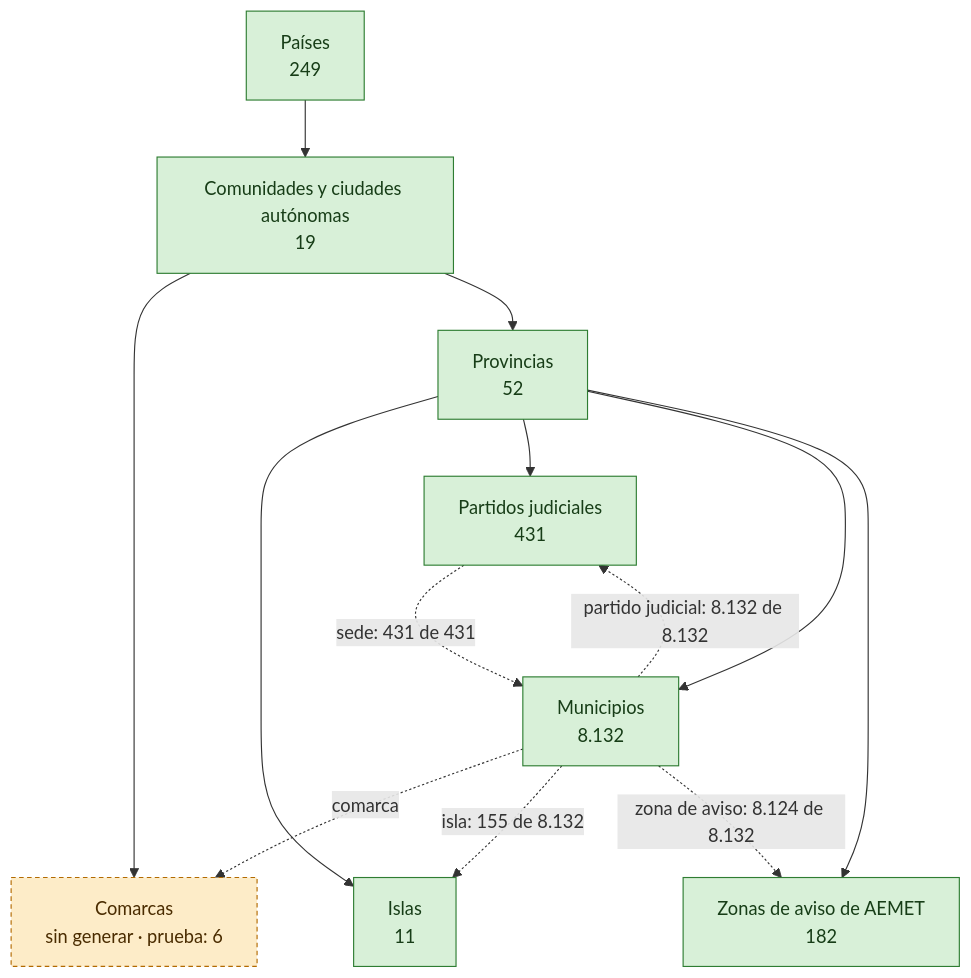
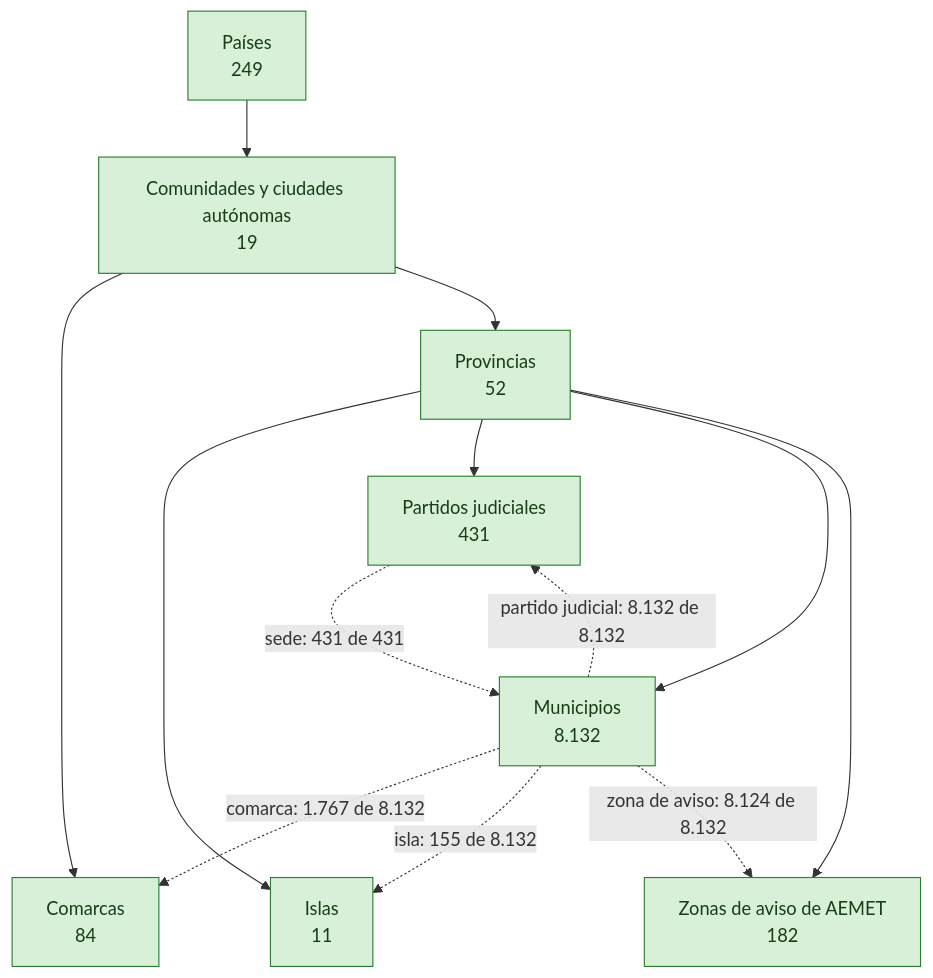
One commit to alertapublica/territorios-es changed the first of 6 diagrams in docs/estado.md. Above: the diagram before and after it, drawn with Mermaid. The commit also changed other lines of this file and 2 other files, not shown here.

Commit message:
Estado: regenerado con los datos de main (comarcas incluidas); generar.yml también lo regenera al subir datos a una rama

````diff
--- a/docs/estado.md
+++ b/docs/estado.md
@@ -15,26 +15,26 @@
 ```mermaid
 flowchart TB
   autonomous_community["Comunidades y ciudades autónomas<br>19"]:::done
   province["Provincias<br>52"]:::done
   municipality["Municipios<br>8.132"]:::done
   island["Islas<br>11"]:::done
   judicial_district["Partidos judiciales<br>431"]:::done
   warning_zone["Zonas de aviso de AEMET<br>182"]:::done
-  comarca["Comarcas<br>sin generar · prueba: 6"]:::todo
+  comarca["Comarcas<br>84"]:::done
   country["Países<br>249"]:::done
   autonomous_community --> comarca
   autonomous_community --> province
   country --> autonomous_community
   province --> island
   province --> judicial_district
   province --> municipality
   province --> warning_zone
   judicial_district -.->|"sede: 431 de 431"| municipality
-  municipality -.->|"comarca"| comarca
+  municipality -.->|"comarca: 1.767 de 8.132"| comarca
   municipality -.->|"isla: 155 de 8.132"| island
   municipality -.->|"partido judicial: 8.132 de 8.132"| judicial_district
   municipality -.->|"zona de aviso: 8.124 de 8.132"| warning_zone
   classDef done fill:#d8f0d8,stroke:#2e7d32,color:#173d17
   classDef todo fill:#fdecc8,stroke:#b26a00,color:#4a2c00,stroke-dasharray:4 3
   classDef box fill:#e6eef8,stroke:#3b6ea8,color:#14304f
 ```
````
